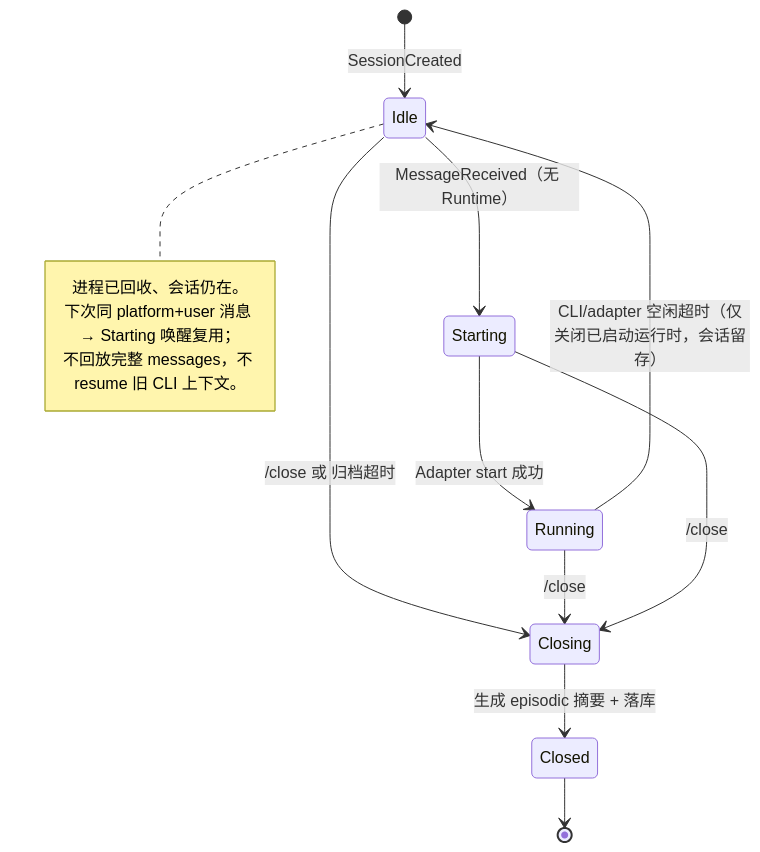
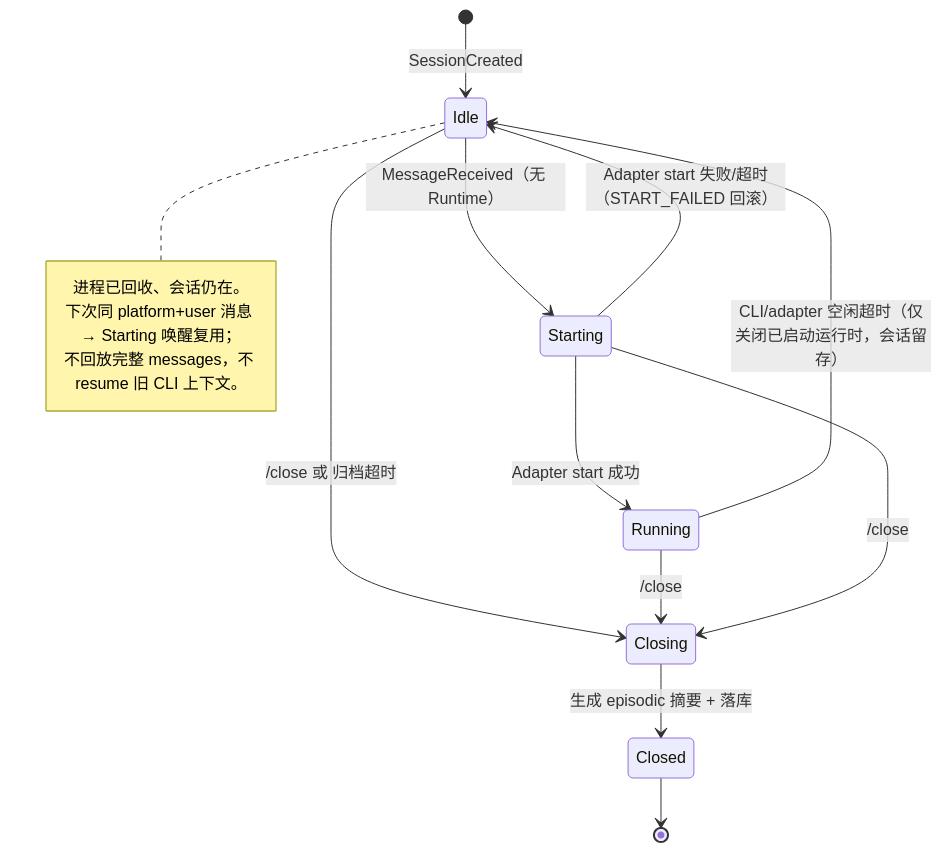
One commit to ygq-future/ai-cli-hub changed the eighth of 15 diagrams in docs/02-Architecture.md. Above: the diagram before and after it, drawn with Mermaid. The commit also changed 11 other files, not shown here.

````diff
--- a/docs/02-Architecture.md
+++ b/docs/02-Architecture.md
@@ -373,17 +373,18 @@
 ```mermaid
 stateDiagram-v2
     [*] --> Idle: SessionCreated
     Idle --> Starting: MessageReceived（无 Runtime）
     Starting --> Running: Adapter start 成功
+    Starting --> Idle: Adapter start 失败/超时（START_FAILED 回滚）
     Running --> Idle: CLI/adapter 空闲超时（仅关闭已启动运行时，会话留存）
     Idle --> Closing: /close 或 归档超时
     Running --> Closing: /close
     Starting --> Closing: /close
     Closing --> Closed: 生成 episodic 摘要 + 落库
     Closed --> [*]
     note right of Idle
       进程已回收、会话仍在。
       下次同 platform+user 消息 → Starting 唤醒复用；
       不回放完整 messages，不 resume 旧 CLI 上下文。
     end note
 ```
````
